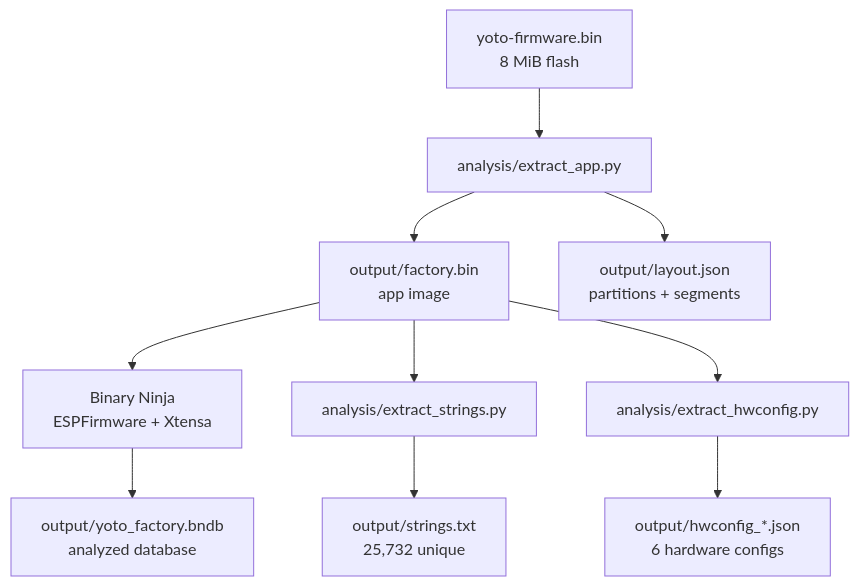
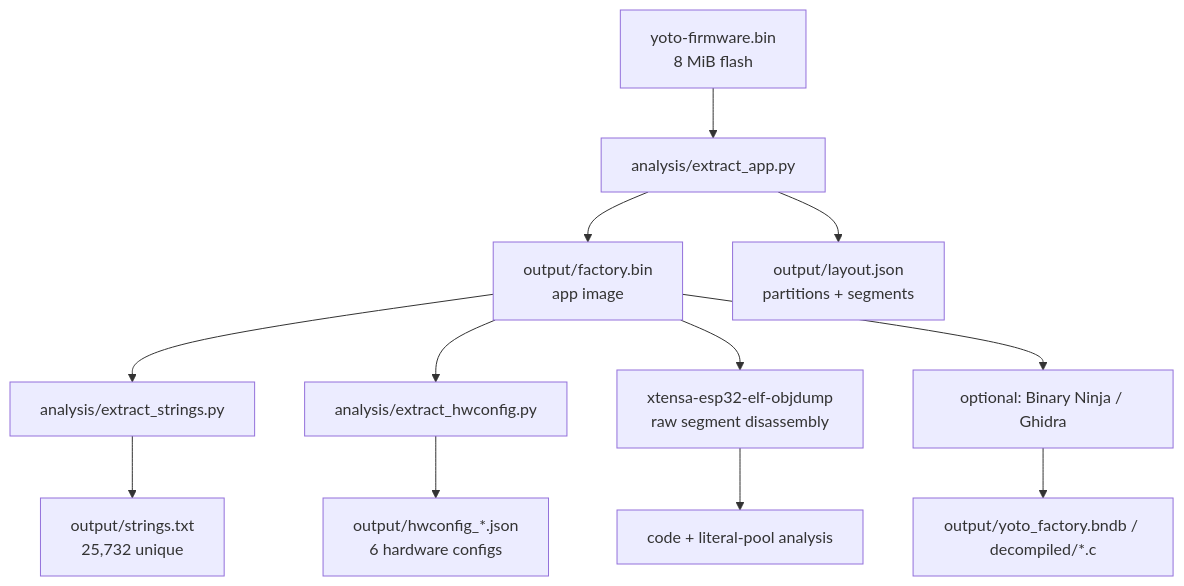
One commit to tensorfish/open-yoto changed the diagram in docs/methodology.md. Above: the diagram before and after it, drawn with Mermaid. The commit also changed other lines of this file and 15 other files, not shown here.

````diff
--- a/docs/methodology.md
+++ b/docs/methodology.md
@@ -13,12 +15,14 @@
 ```mermaid
 graph TD
   A[yoto-firmware.bin<br/>8 MiB flash] --> B[analysis/extract_app.py]
   B --> C[output/factory.bin<br/>app image]
   B --> D[output/layout.json<br/>partitions + segments]
-  C --> E[Binary Ninja<br/>ESPFirmware + Xtensa]
-  C --> F[analysis/extract_strings.py]
-  F --> G[output/strings.txt<br/>25,732 unique]
-  C --> H[analysis/extract_hwconfig.py]
-  H --> I[output/hwconfig_*.json<br/>6 hardware configs]
-  E --> J[output/yoto_factory.bndb<br/>analyzed database]
+  C --> E[analysis/extract_strings.py]
+  E --> F[output/strings.txt<br/>25,732 unique]
+  C --> G[analysis/extract_hwconfig.py]
+  G --> H[output/hwconfig_*.json<br/>6 hardware configs]
+  C --> I[xtensa-esp32-elf-objdump<br/>raw segment disassembly]
+  I --> J[code + literal-pool analysis]
+  C --> K[optional: Binary Ninja / Ghidra]
+  K --> L[output/yoto_factory.bndb / decompiled/*.c]
 ```
````
